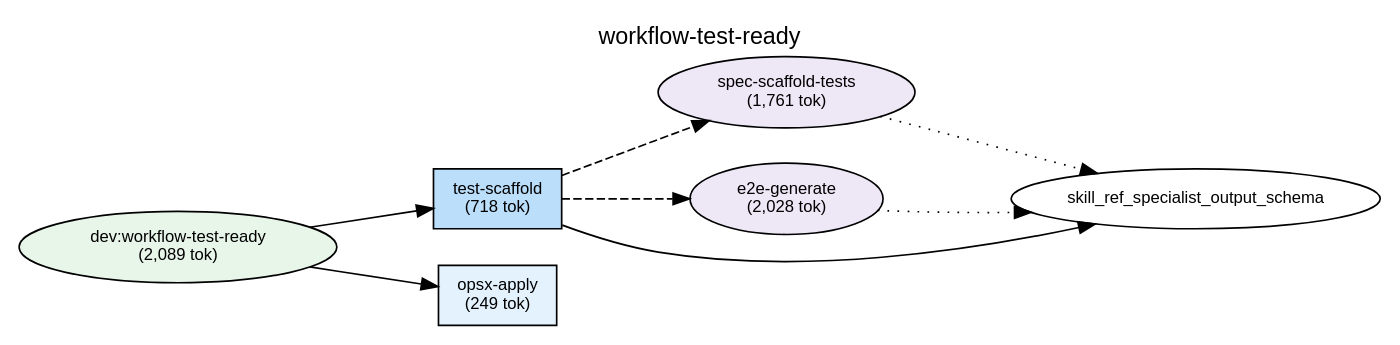
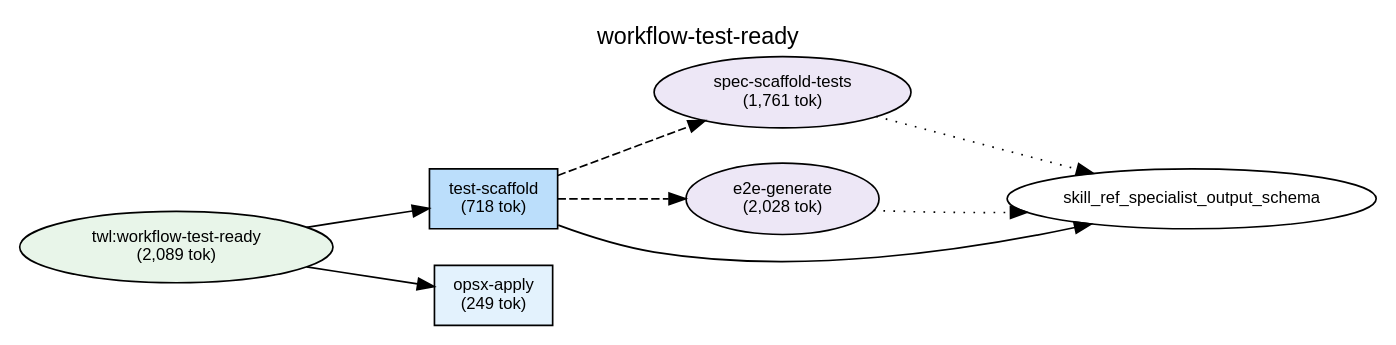
Before and after one commit to shuu5/twill: the diagram in plugins/twl/docs/deps-workflow-test-ready.dot, drawn with Graphviz. The commit also changed 19 other files, not shown here.

```diff
--- a/plugins/twl/docs/deps-workflow-test-ready.dot
+++ b/plugins/twl/docs/deps-workflow-test-ready.dot
@@ -1,55 +1,55 @@
 digraph Dependencies {
     // Graph settings
     rankdir=LR;
     ranksep=0.8;
     nodesep=0.3;
     fontname="Helvetica";
     node [fontname="Helvetica", fontsize=10];
     edge [fontname="Helvetica", fontsize=9];
     label="workflow-test-ready";
     labelloc=t;
     fontsize=14;
 
     // L0: Controller Skills
 
     // L0: Launchers
 
     // L0.5: Workflow Skills
-    skill_workflow_test_ready [label="dev:workflow-test-ready\n(2,089 tok)", shape=ellipse, style=filled, fillcolor="#e8f5e9"];
+    skill_workflow_test_ready [label="twl:workflow-test-ready\n(2,089 tok)", shape=ellipse, style=filled, fillcolor="#e8f5e9"];
 
     // Reference Skills
 
     // L1: Direct Commands
     cmd_opsx_apply [label="opsx-apply\n(249 tok)", shape=box, style=filled, fillcolor="#e3f2fd"];
     cmd_test_scaffold [label="test-scaffold\n(718 tok)", shape=box, style=filled, fillcolor="#bbdefb"];
 
     // L2: Sub Commands
 
     // L3: Agents
     agent_spec_scaffold_tests [label="spec-scaffold-tests\n(1,761 tok)", shape=ellipse, style=filled, fillcolor="#ede7f6"];
     agent_e2e_generate [label="e2e-generate\n(2,028 tok)", shape=ellipse, style=filled, fillcolor="#ede7f6"];
 
     // L3.5: Scripts
 
     // L4: External
 
     // Layer constraints
     { rank=same; skill_workflow_test_ready; }
     { rank=same; cmd_opsx_apply; cmd_test_scaffold; }
     { rank=same; agent_spec_scaffold_tests; agent_e2e_generate; }
 
     // Edges
     skill_workflow_test_ready -> cmd_test_scaffold;
     skill_workflow_test_ready -> cmd_opsx_apply;
     cmd_test_scaffold -> agent_spec_scaffold_tests [style=dashed];
     cmd_test_scaffold -> agent_e2e_generate [style=dashed];
     cmd_test_scaffold -> skill_ref_specialist_output_schema;
     agent_spec_scaffold_tests -> skill_ref_specialist_output_schema [style=dotted];
     agent_e2e_generate -> skill_ref_specialist_output_schema [style=dotted];
 
     // Ordering constraints (invisible edges)
     cmd_test_scaffold -> cmd_opsx_apply [style=invis, weight=10];
     agent_spec_scaffold_tests -> agent_e2e_generate [style=invis, weight=10];
     agent_e2e_generate -> skill_ref_specialist_output_schema [style=invis, weight=10];
 
 }
```
